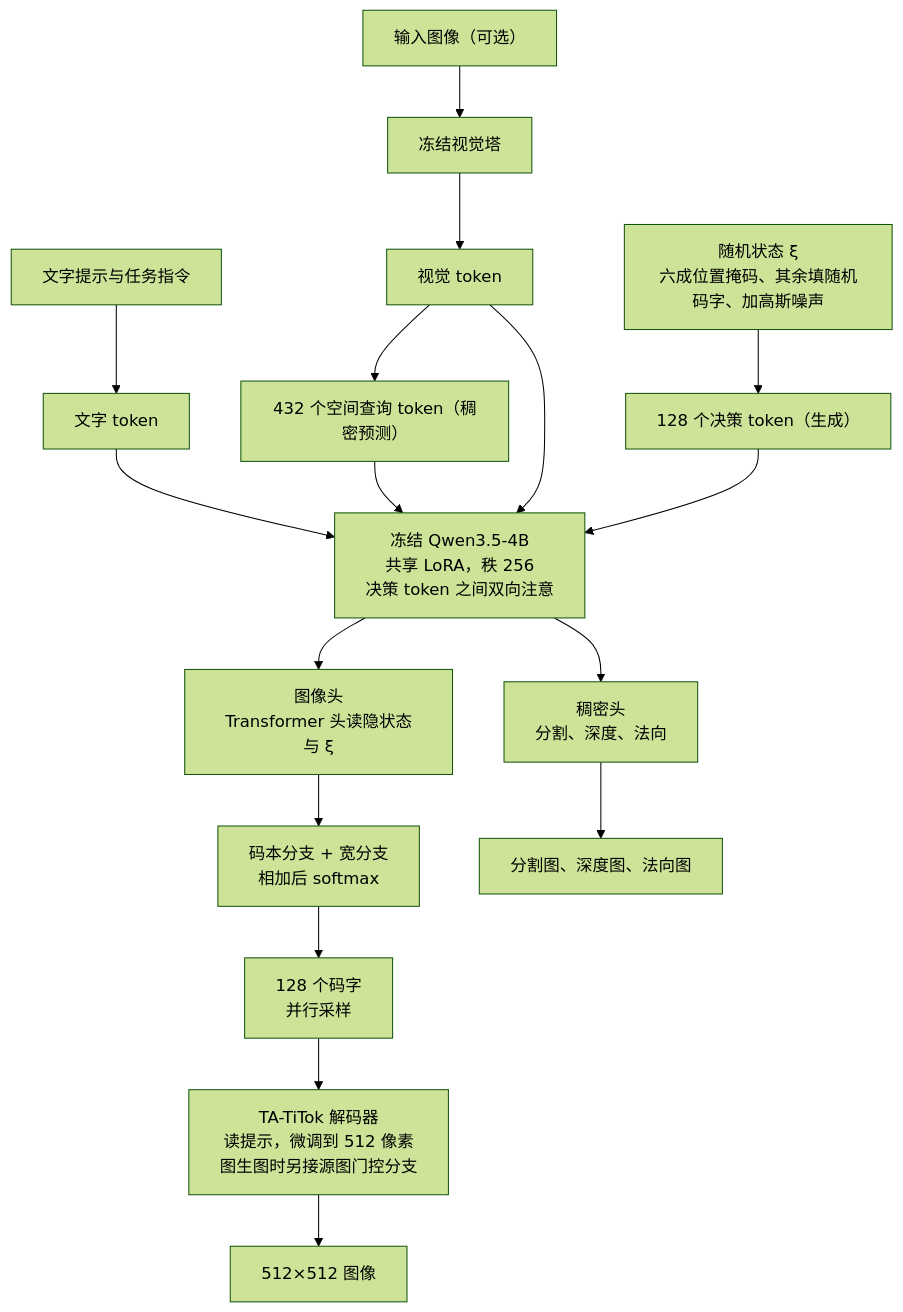
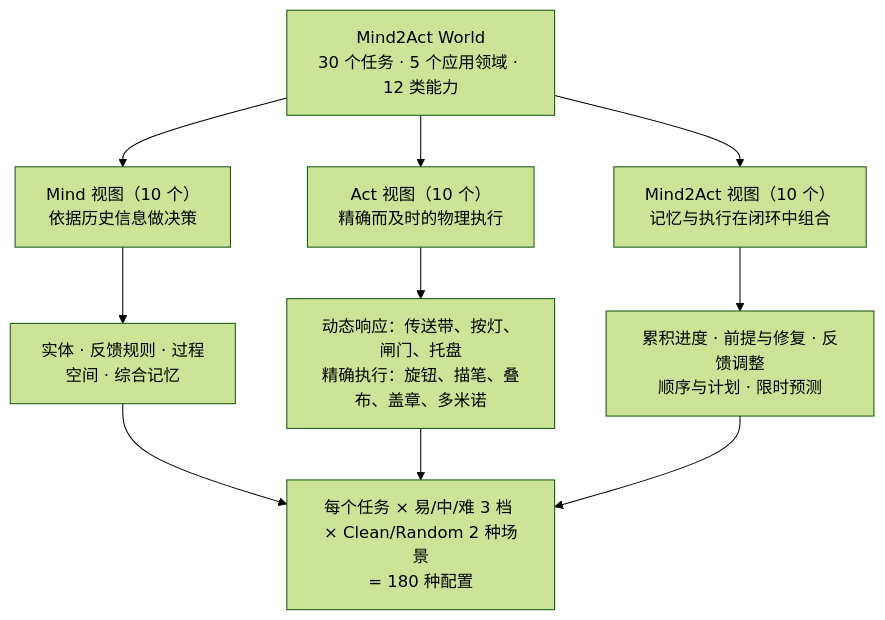
One commit to yingwang/paper-reads changed the second of 4 diagrams in docs/index.md. Above: the diagram before and after it, drawn with Mermaid (forest theme). The commit also changed other lines of this file and 2 other files, not shown here.

First line of the commit message:
Add 2026-11-20-mind2act-world-diagnostic-benchmark

````diff
--- a/docs/index.md
+++ b/docs/index.md
@@ -139,16 +87,12 @@
 ```mermaid
 flowchart TB
-    P["文字提示与任务指令"] --> T["文字 token"]
-    IMG["输入图像（可选）"] --> VT["冻结视觉塔"] --> V["视觉 token"]
-    XI["随机状态 ξ<br/>六成位置掩码、其余填随机码字、加高斯噪声"] --> D1["128 个决策 token（生成）"]
-    V --> D2["432 个空间查询 token（稠密预测）"]
-    T --> B["冻结 Qwen3.5-4B<br/>共享 LoRA，秩 256<br/>决策 token 之间双向注意"]
-    V --> B
-    D1 --> B
-    D2 --> B
-    B --> H1["图像头<br/>Transformer 头读隐状态与 ξ"]
-    B --> H2["稠密头<br/>分割、深度、法向"]
-    H1 --> CB["码本分支 + 宽分支<br/>相加后 softmax"] --> C["128 个码字<br/>并行采样"]
-    C --> DEC["TA-TiTok 解码器<br/>读提示，微调到 512 像素<br/>图生图时另接源图门控分支"] --> OUT["512×512 图像"]
-    H2 --> DM["分割图、深度图、法向图"]
+    W["Mind2Act World<br/>30 个任务 · 5 个应用领域 · 12 类能力"] --> M["Mind 视图（10 个）<br/>依据历史信息做决策"]
+    W --> A["Act 视图（10 个）<br/>精确而及时的物理执行"]
+    W --> C["Mind2Act 视图（10 个）<br/>记忆与执行在闭环中组合"]
+    M --> M1["实体 · 反馈规则 · 过程<br/>空间 · 综合记忆"]
+    A --> A1["动态响应：传送带、按灯、闸门、托盘<br/>精确执行：旋钮、描笔、叠布、盖章、多米诺"]
+    C --> C1["累积进度 · 前提与修复 · 反馈调整<br/>顺序与计划 · 限时预测"]
+    M1 --> X["每个任务 × 易/中/难 3 档 × Clean/Random 2 种场景<br/>= 180 种配置"]
+    A1 --> X
+    C1 --> X
 ```
````
